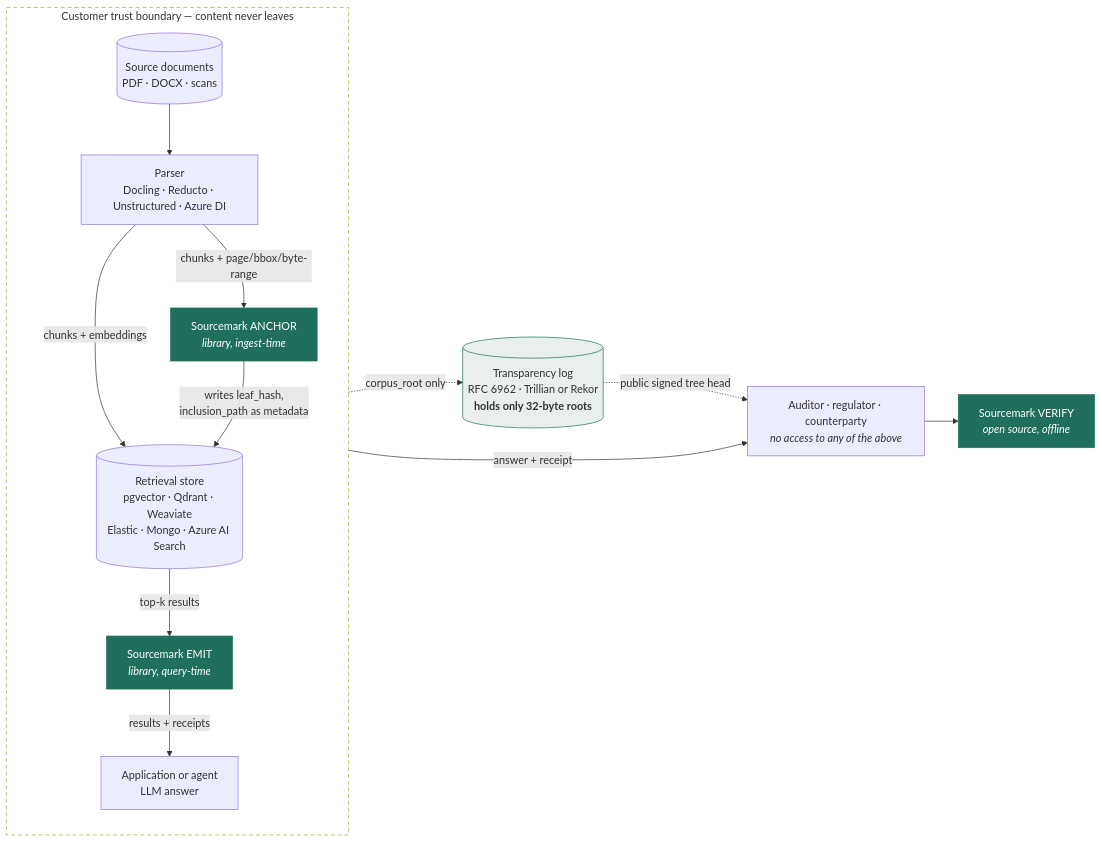
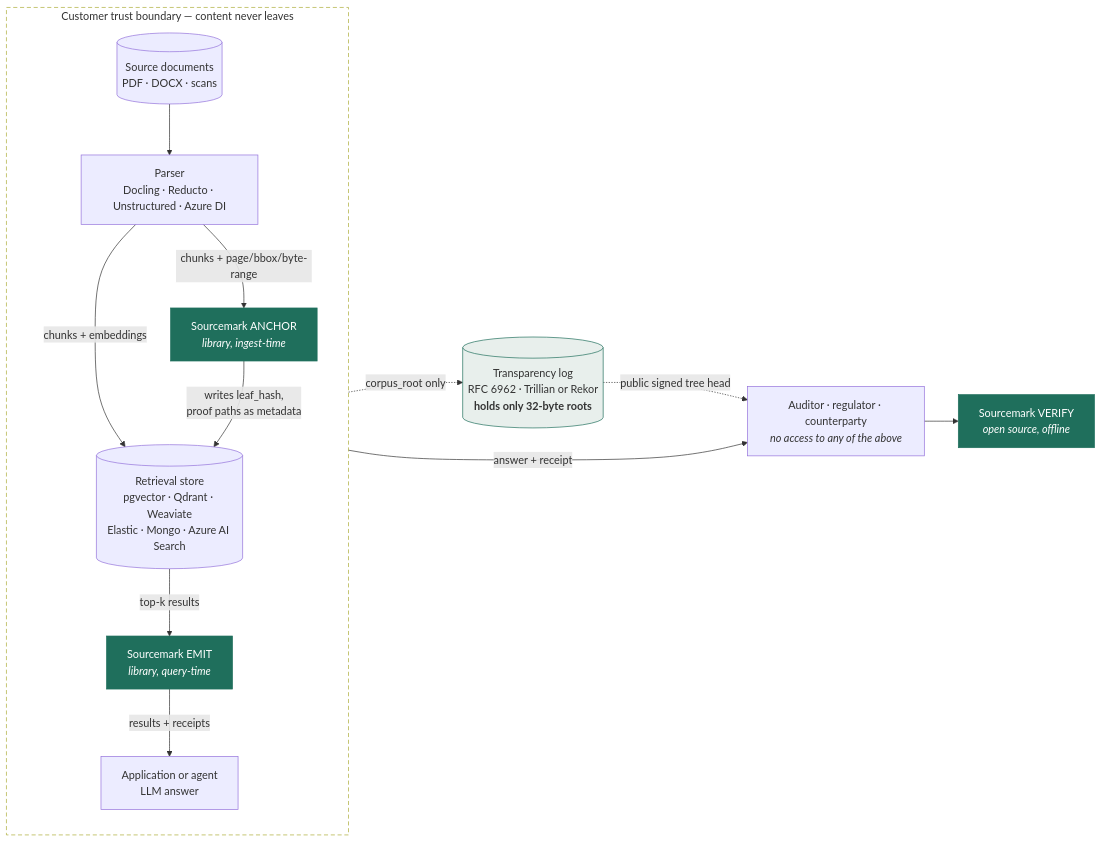
One commit to advisely/sourcemark changed the first of 9 diagrams in docs/ARCHITECTURE.md. Above: the diagram before and after it, drawn with Mermaid. The commit also changed other lines of this file and 9 other files, not shown here.

````diff
--- a/docs/ARCHITECTURE.md
+++ b/docs/ARCHITECTURE.md
@@ -11,34 +11,34 @@
 ```mermaid
 flowchart LR
     subgraph BOUNDARY["Customer trust boundary — content never leaves"]
         direction TB
         SRC[("Source documents<br/>PDF · DOCX · scans")]
         PARSE["Parser<br/>Docling · Reducto · Unstructured · Azure DI"]
         STORE[("Retrieval store<br/>pgvector · Qdrant · Weaviate<br/>Elastic · Mongo · Azure AI Search")]
         APP["Application or agent<br/>LLM answer"]
 
         ANCHOR["Sourcemark ANCHOR<br/><i>library, ingest-time</i>"]
         EMIT["Sourcemark EMIT<br/><i>library, query-time</i>"]
 
         SRC --> PARSE
         PARSE -->|"chunks + page/bbox/byte-range"| ANCHOR
         PARSE -->|"chunks + embeddings"| STORE
-        ANCHOR -->|"writes leaf_hash,<br/>inclusion_path as metadata"| STORE
+        ANCHOR -->|"writes leaf_hash,<br/>proof paths as metadata"| STORE
         STORE -->|"top-k results"| EMIT
         EMIT -->|"results + receipts"| APP
     end
 
     LOG[("Transparency log<br/>RFC 6962 · Trillian or Rekor<br/><b>holds only 32-byte roots</b>")]
     AUDITOR["Auditor · regulator · counterparty<br/><i>no access to any of the above</i>"]
 
     ANCHOR -.->|"corpus_root only"| LOG
     APP -->|"answer + receipt"| AUDITOR
     LOG -.->|"public signed tree head"| AUDITOR
     AUDITOR --> VERIFY["Sourcemark VERIFY<br/><i>open source, offline</i>"]
 
     style ANCHOR fill:#1f6f5c,color:#fff,stroke:#1f6f5c
     style EMIT fill:#1f6f5c,color:#fff,stroke:#1f6f5c
     style VERIFY fill:#1f6f5c,color:#fff,stroke:#1f6f5c
     style BOUNDARY fill:none,stroke-dasharray: 6 4
     style LOG fill:#e8efec,stroke:#1f6f5c
 ```
````
